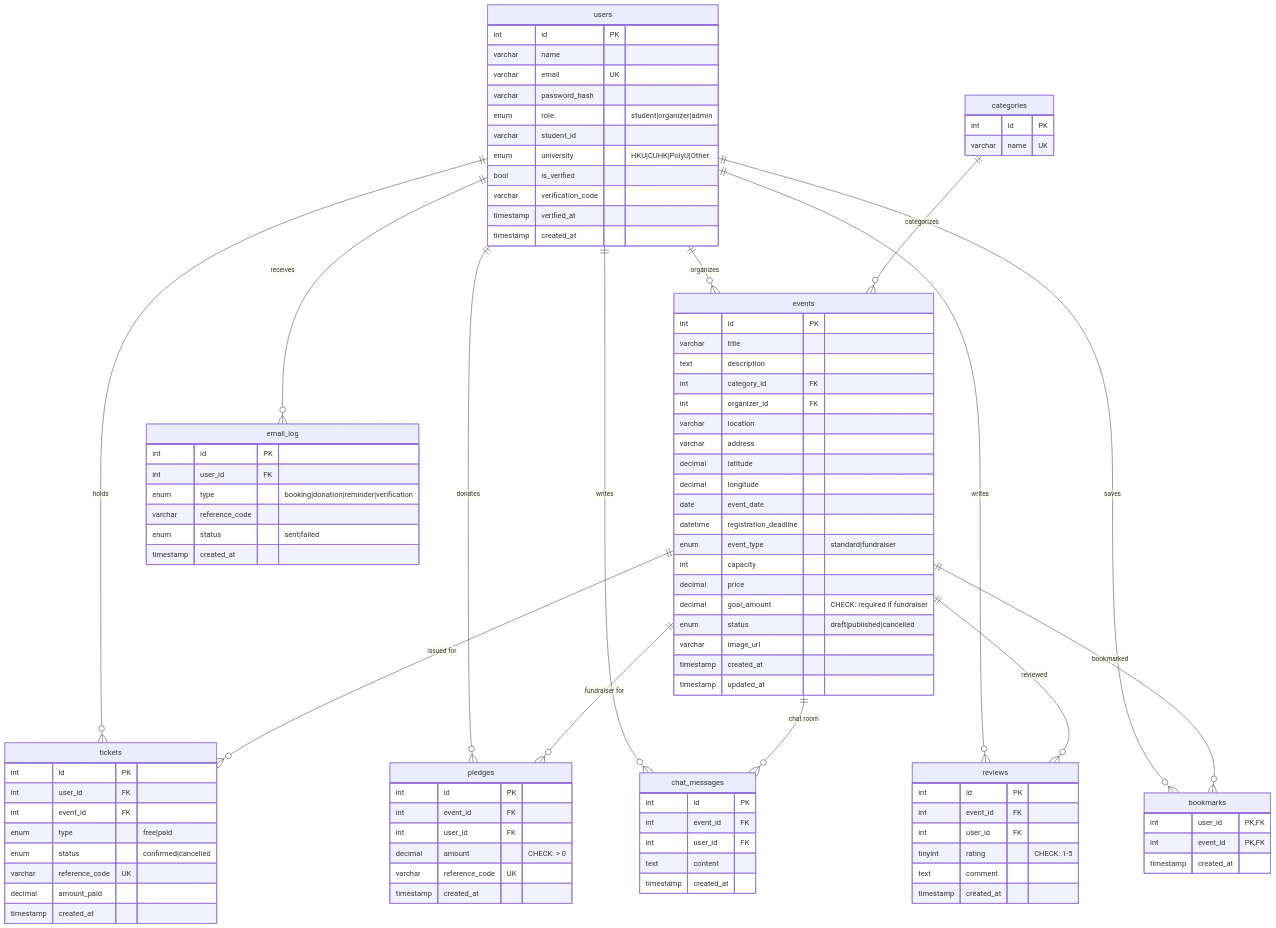
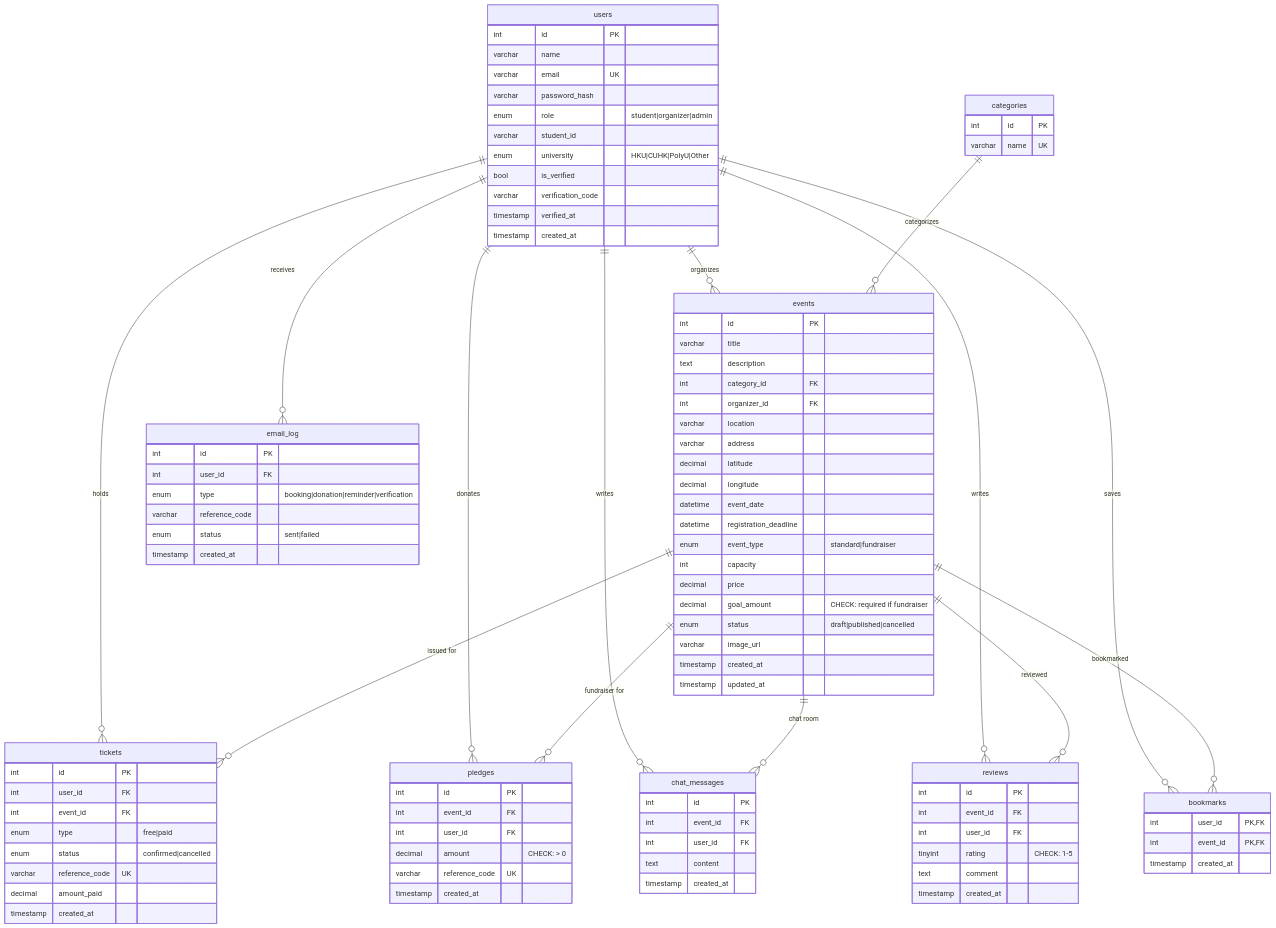
One commit to fttcata/hk-student-event-finder changed the diagram in database/ER_DIAGRAM.md. Above: the diagram before and after it, drawn with Mermaid. The commit also changed other lines of this file and 14 other files, not shown here.

```diff
--- a/database/ER_DIAGRAM.md
+++ b/database/ER_DIAGRAM.md
@@ -47,7 +47,7 @@
         varchar address
         decimal latitude
         decimal longitude
-        date event_date
+        datetime event_date
         datetime registration_deadline
         enum event_type "standard|fundraiser"
         int capacity
```
